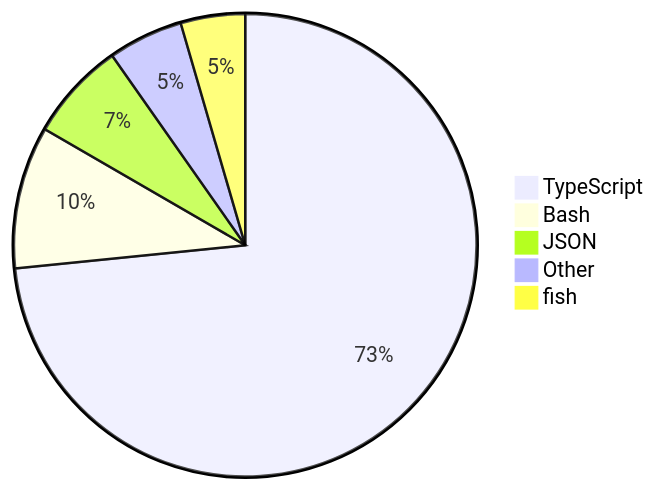
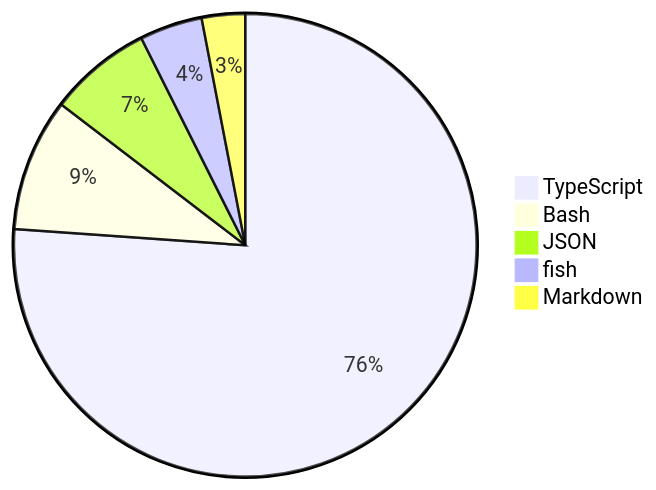
Before and after one commit to skvggor/skvggor: the diagram in README.md, drawn with Mermaid.

Commit message:
Updated waka-readme graph with new metrics

````diff
--- a/README.md
+++ b/README.md
@@ -28,8 +28,8 @@
 ```mermaid
 pie
-    "TypeScript" : 70.1
-    "Bash" : 9.5
-    "JSON" : 6.6
-    "Other" : 5.0
-    "fish" : 4.3
+    "TypeScript" : 73.0
+    "Bash" : 8.9
+    "JSON" : 6.9
+    "fish" : 4.2
+    "Markdown" : 2.9
 ```
````
